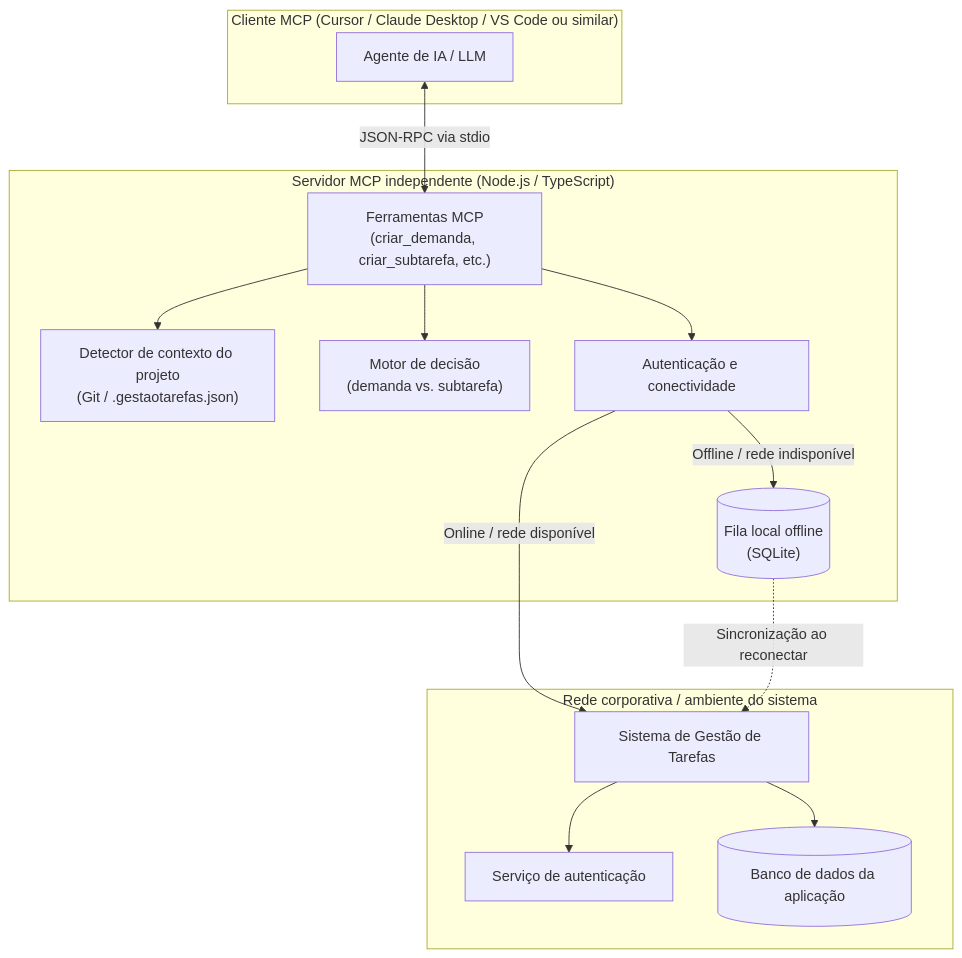
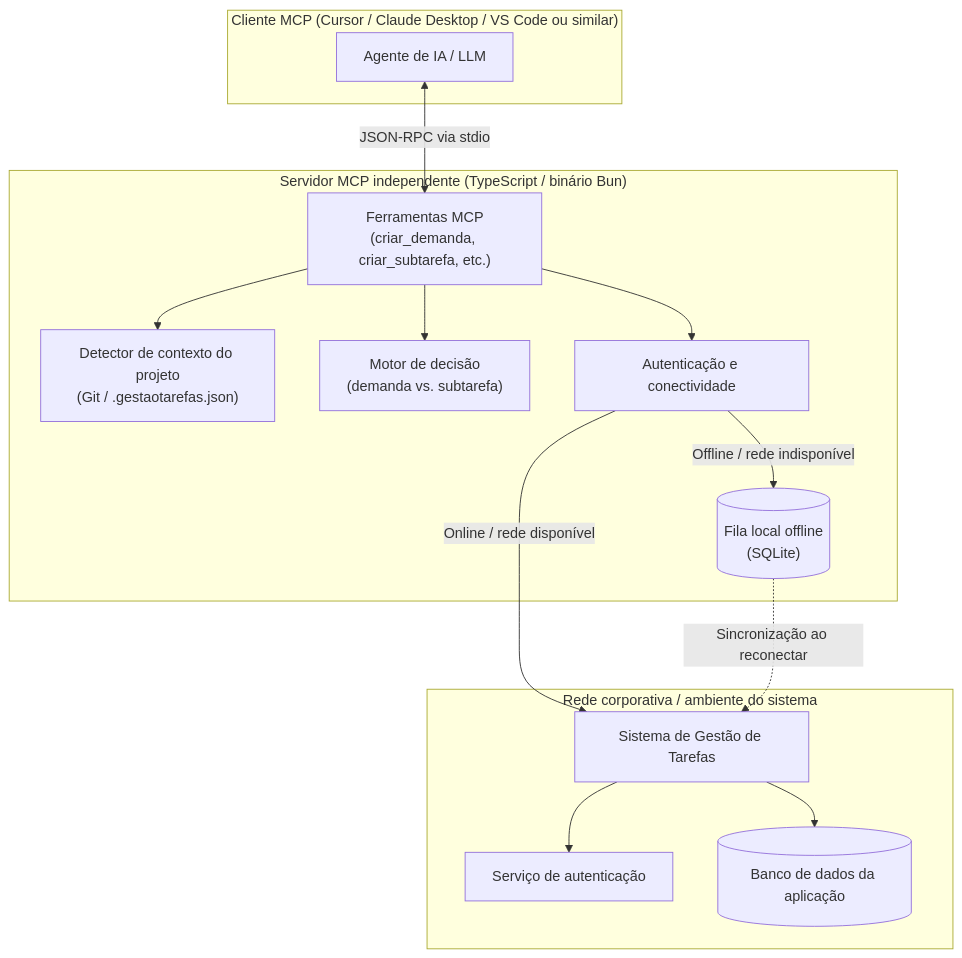
The diagram in ARCHITECTURE.md (bcosta19/mcp-gestao-tarefas), drawn with Mermaid before and after one commit. The commit also changed other lines of this file and 24 other files, not shown here.

First line of the commit message:
perf: migra build e runtime de Node para binario Bun AOT

````diff
--- a/ARCHITECTURE.md
+++ b/ARCHITECTURE.md
@@ -9,32 +9,32 @@
 ```mermaid
 flowchart TD
     subgraph Host["Cliente MCP (Cursor / Claude Desktop / VS Code ou similar)"]
         Agent["Agente de IA / LLM"]
     end
 
-    subgraph MCPServer["Servidor MCP independente (Node.js / TypeScript)"]
+    subgraph MCPServer["Servidor MCP independente (TypeScript / binário Bun)"]
         Tools["Ferramentas MCP\n(criar_demanda, criar_subtarefa, etc.)"]
         ContextEngine["Detector de contexto do projeto\n(Git / .gestaotarefas.json)"]
         DecisionEngine["Motor de decisão\n(demanda vs. subtarefa)"]
         AuthConn["Autenticação e conectividade"]
         OfflineQueue[("Fila local offline\n(SQLite)")]
     end
 
     subgraph Network["Rede corporativa / ambiente do sistema"]
         TaskSystem["Sistema de Gestão de Tarefas"]
         AuthService["Serviço de autenticação"]
         AppDB[("Banco de dados da aplicação")]
     end
 
     Agent <-->|"JSON-RPC via stdio"| Tools
     Tools --> ContextEngine
     Tools --> DecisionEngine
     Tools --> AuthConn
 
     AuthConn -->|"Online / rede disponível"| TaskSystem
     AuthConn -->|"Offline / rede indisponível"| OfflineQueue
     OfflineQueue -.->|"Sincronização ao reconectar"| TaskSystem
 
     TaskSystem --> AuthService
     TaskSystem --> AppDB
 ```
````
